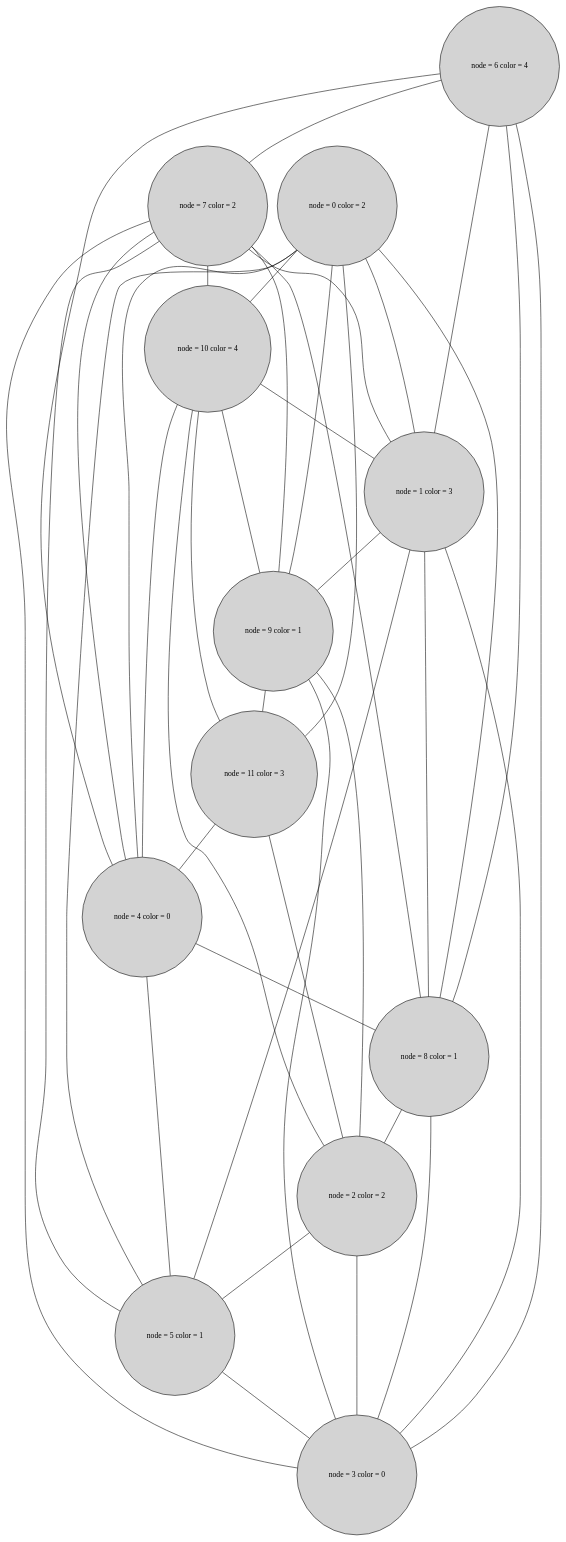
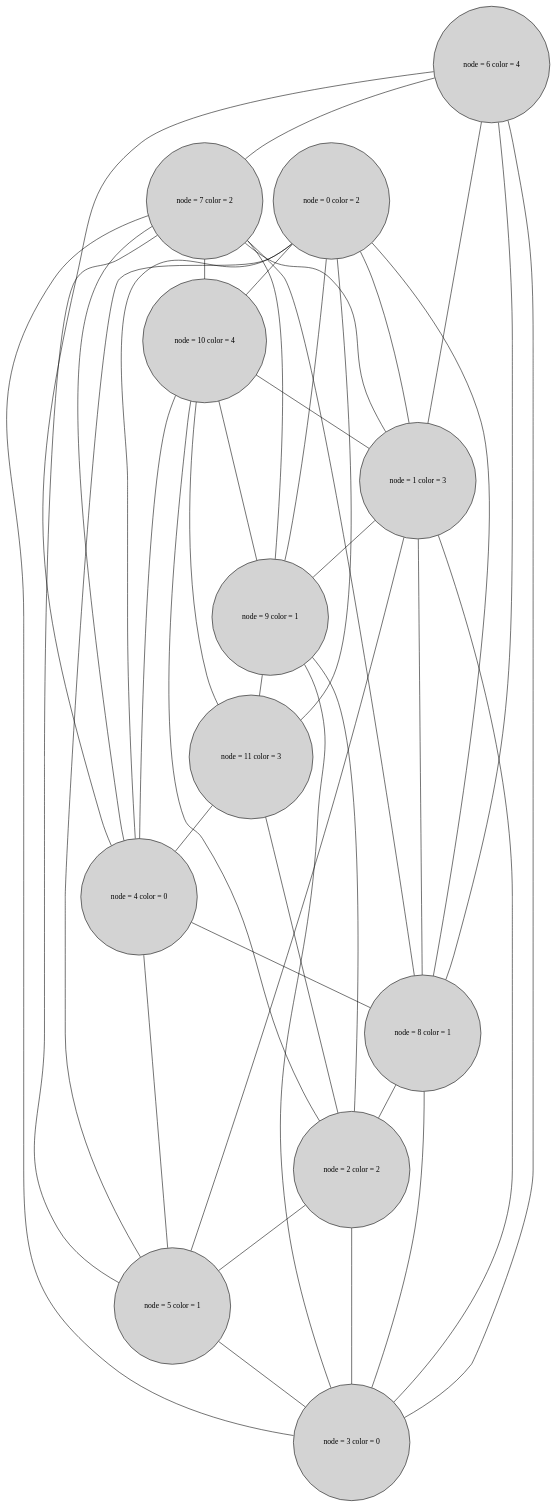
One commit to zakoo20122/gceda changed the diagram in test_graph_3.dot. Above: the diagram before and after it, drawn with Graphviz. The commit also changed 8 other files, not shown here.

```diff
--- a/test_graph_3.dot
+++ b/test_graph_3.dot
@@ -1,55 +1,55 @@
 graph G { 
 graph [splines = true] node [height=0.4 shape=circle style=filled]
-3 [ label= " node = 3 color = 0"] ;
-2 [ label= " node = 2 color = 2"] ;
-10 [ label= " node = 10 color = 4"] ;
-1 [ label= " node = 1 color = 3"] ;
-0 [ label= " node = 0 color = 2"] ;
-7 [ label= " node = 7 color = 2"] ;
-6 [ label= " node = 6 color = 4"] ;
-5 [ label= " node = 5 color = 1"] ;
-4 [ label= " node = 4 color = 0"] ;
-9 [ label= " node = 9 color = 1"] ;
-8 [ label= " node = 8 color = 1"] ;
-11 [ label= " node = 11 color = 3"] ;
+3 [ label= "node = 3 color = 0"] ;
+2 [ label= "node = 2 color = 2"] ;
+10 [ label= "node = 10 color = 4"] ;
+1 [ label= "node = 1 color = 3"] ;
+0 [ label= "node = 0 color = 2"] ;
+7 [ label= "node = 7 color = 2"] ;
+6 [ label= "node = 6 color = 4"] ;
+5 [ label= "node = 5 color = 1"] ;
+4 [ label= "node = 4 color = 0"] ;
+9 [ label= "node = 9 color = 1"] ;
+8 [ label= "node = 8 color = 1"] ;
+11 [ label= "node = 11 color = 3"] ;
 2 -- 5;
 2 -- 3;
 10 -- 1;
 10 -- 11;
 10 -- 9;
 10 -- 4;
 10 -- 2;
 1 -- 9;
 1 -- 3;
 1 -- 5;
 1 -- 8;
 0 -- 10;
 0 -- 1;
 0 -- 8;
 0 -- 11;
 0 -- 5;
 0 -- 9;
 0 -- 4;
 7 -- 3;
 7 -- 8;
 7 -- 1;
 7 -- 5;
 7 -- 4;
 7 -- 9;
 7 -- 10;
 6 -- 7;
 6 -- 3;
 6 -- 1;
 6 -- 4;
 6 -- 8;
 5 -- 3;
 4 -- 8;
 4 -- 5;
 9 -- 11;
 9 -- 2;
 9 -- 3;
 8 -- 2;
 8 -- 3;
 11 -- 4;
 11 -- 2;
 }
```
